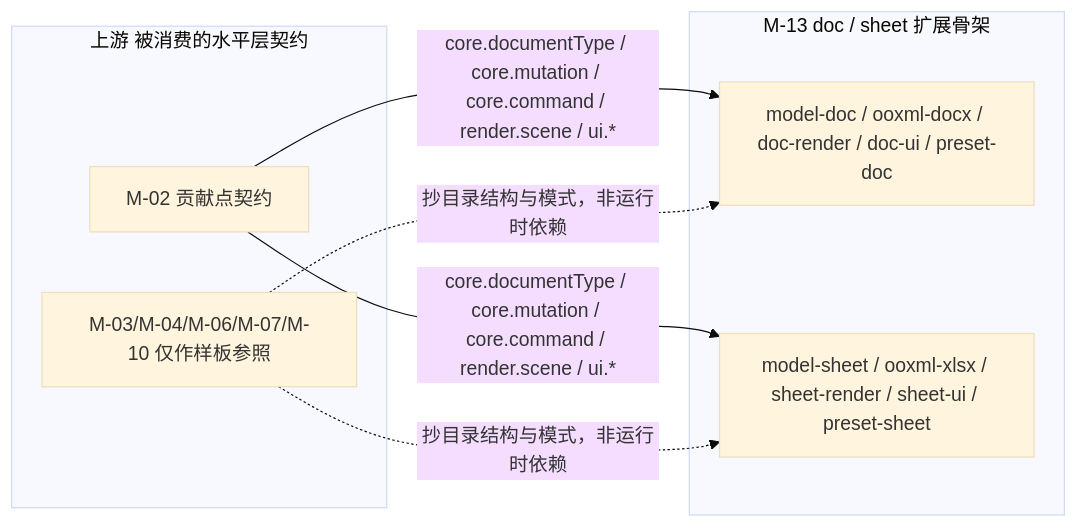
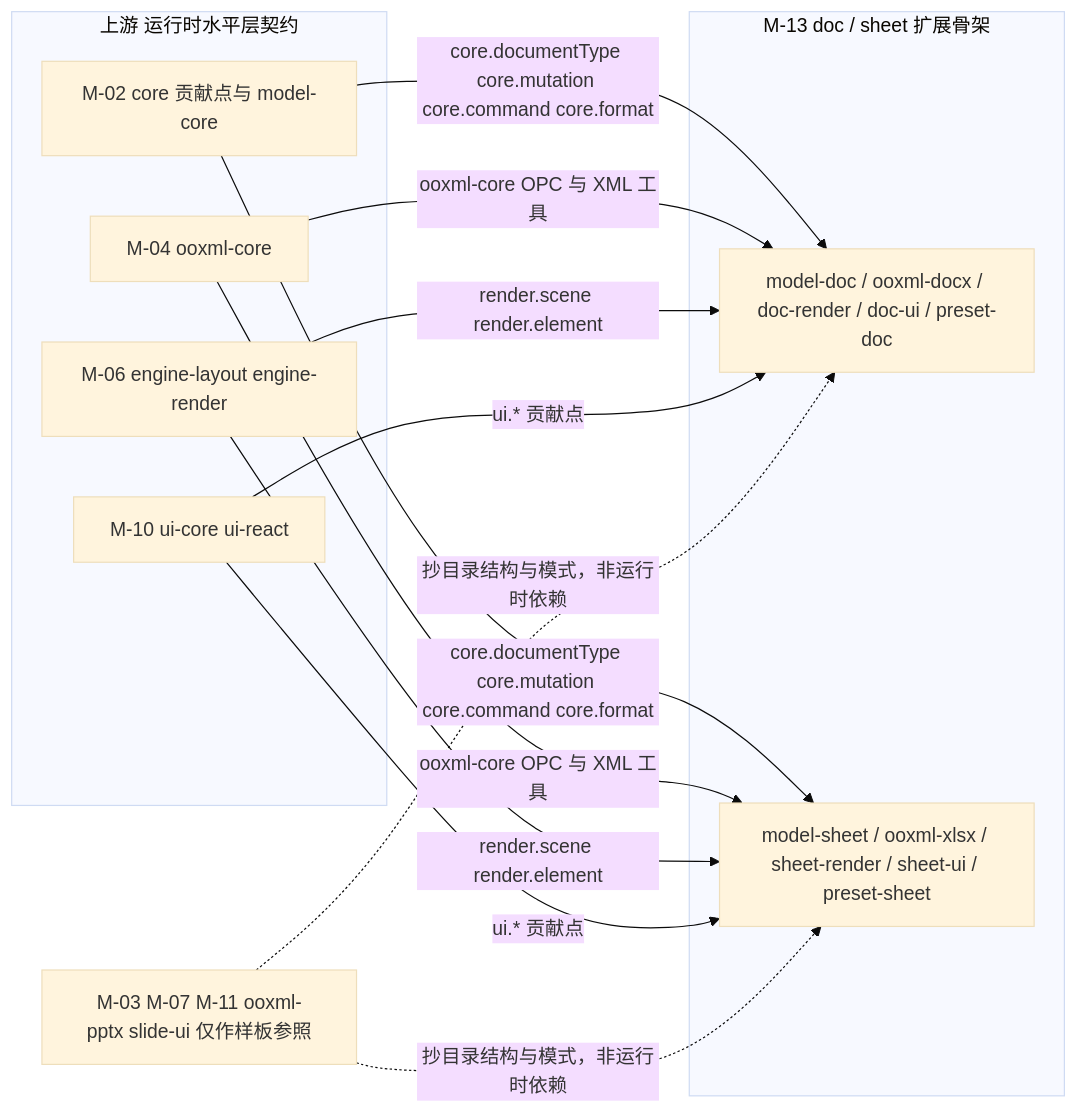
Before and after one commit to Xeonice/cordis-ppt-editor: the first of 7 diagrams in docs/40-modules/13-doc-sheet-extension-skeleton.md, drawn with Mermaid (base theme). The commit also changed other lines of this file and 22 other files, not shown here.

First line of the commit message:
docs(modules): 新增架构图集 18/19，补图并按 §4.18 回写模块设计线

````diff
--- a/docs/40-modules/13-doc-sheet-extension-skeleton.md
+++ b/docs/40-modules/13-doc-sheet-extension-skeleton.md
@@ -25,15 +25,24 @@
 ```mermaid
 flowchart LR
-subgraph up["上游 被消费的水平层契约"]
-  m02["M-02 贡献点契约"]
-  m03["M-03/M-04/M-06/M-07/M-10 仅作样板参照"]
+subgraph up["上游 运行时水平层契约"]
+  m02["M-02 core 贡献点与 model-core"]
+  m04["M-04 ooxml-core"]
+  m06["M-06 engine-layout engine-render"]
+  m10["M-10 ui-core ui-react"]
 end
+tpl["M-03 M-07 M-11 ooxml-pptx slide-ui 仅作样板参照"]
 subgraph mod["M-13 doc / sheet 扩展骨架"]
   docPkgs["model-doc / ooxml-docx / doc-render / doc-ui / preset-doc"]
   sheetPkgs["model-sheet / ooxml-xlsx / sheet-render / sheet-ui / preset-sheet"]
 end
-m02 -- "core.documentType / core.mutation / core.command / render.scene / ui.*" --> docPkgs
-m02 -- "core.documentType / core.mutation / core.command / render.scene / ui.*" --> sheetPkgs
-m03 -. "抄目录结构与模式，非运行时依赖" .-> docPkgs
-m03 -. "抄目录结构与模式，非运行时依赖" .-> sheetPkgs
+m02 -- "core.documentType core.mutation core.command core.format" --> docPkgs
+m02 -- "core.documentType core.mutation core.command core.format" --> sheetPkgs
+m04 -- "ooxml-core OPC 与 XML 工具" --> docPkgs
+m04 -- "ooxml-core OPC 与 XML 工具" --> sheetPkgs
+m06 -- "render.scene render.element" --> docPkgs
+m06 -- "render.scene render.element" --> sheetPkgs
+m10 -- "ui.* 贡献点" --> docPkgs
+m10 -- "ui.* 贡献点" --> sheetPkgs
+tpl -. "抄目录结构与模式，非运行时依赖" .-> docPkgs
+tpl -. "抄目录结构与模式，非运行时依赖" .-> sheetPkgs
 ```
````
